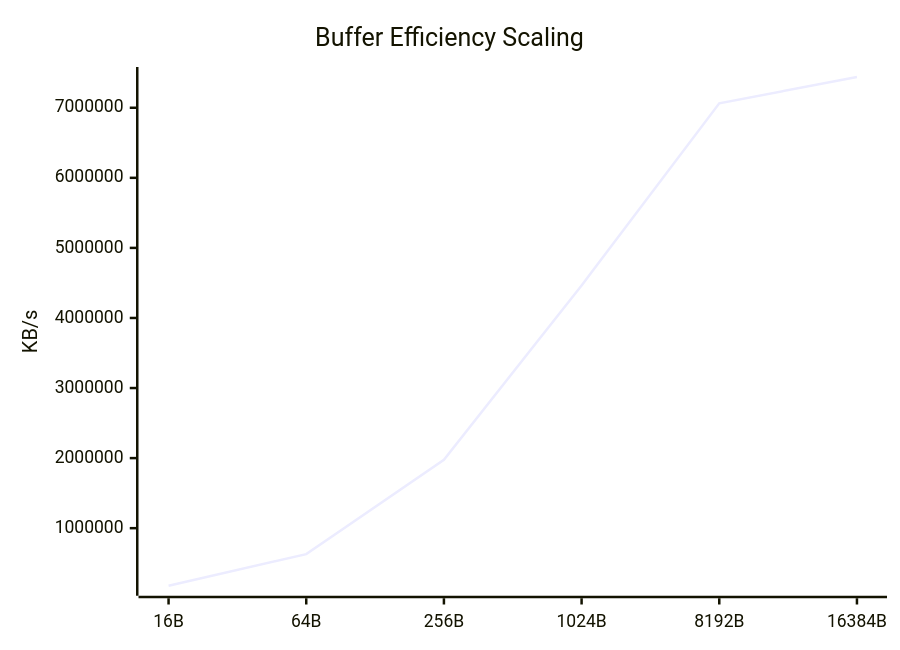
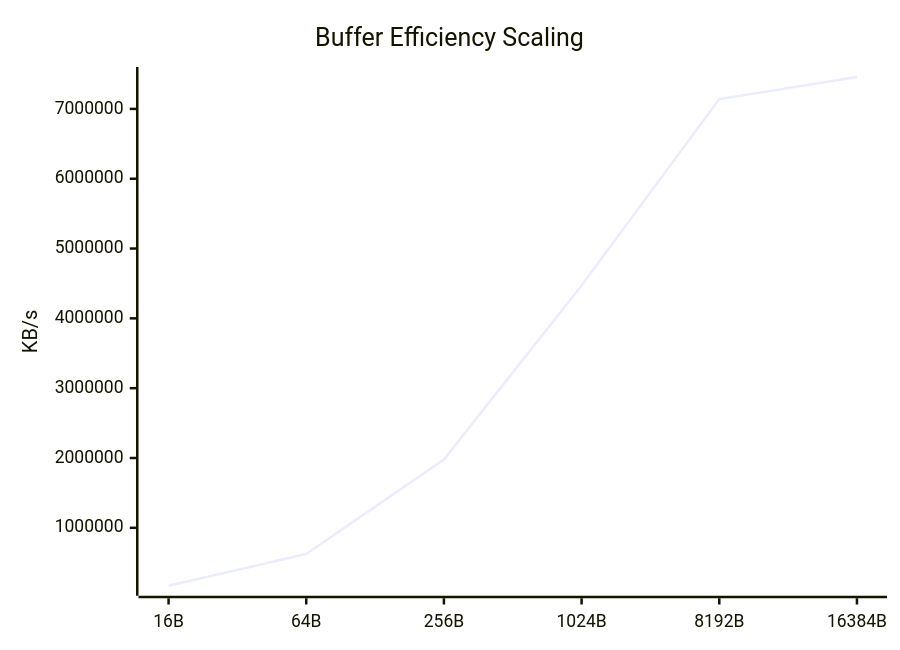
One commit to taha2samy/openssl_fips changed the seventh of 9 diagrams in docs/Comparison_Report.md. Above: the diagram before and after it, drawn with Mermaid. The commit also changed other lines of this file and 2 other files, not shown here.

````diff
--- a/docs/Comparison_Report.md
+++ b/docs/Comparison_Report.md
@@ -110,7 +110,7 @@
 ```mermaid
 xychart-beta
     title "Buffer Efficiency Scaling"
     x-axis [16B, 64B, 256B, 1024B, 8192B, 16384B]
     y-axis "KB/s"
-    line [178244.15, 629668.54, 1974579.84, 4464633.86, 7064014.85, 7439073.28]
+    line [170220.67, 625562.78, 1978741.38, 4472041.98, 7141003.26, 7456956.42]
 ```
````
